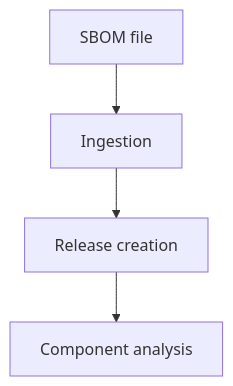
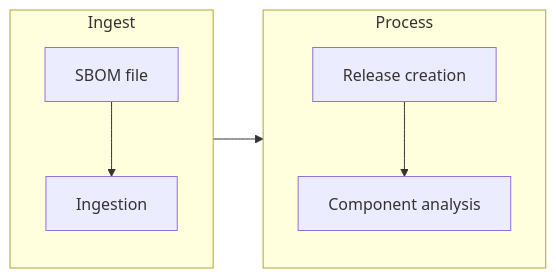
Before and after one commit to Linuscent/aura-help: the diagram in src/content/docs/integrations/sbom-ingestion.md, drawn with Mermaid. The commit also changed 11 other files, not shown here.

Commit message:
docs: improve Mermaid workflow diagrams

````diff
--- a/src/content/docs/integrations/sbom-ingestion.md
+++ b/src/content/docs/integrations/sbom-ingestion.md
@@ -20,6 +20,13 @@
 ```mermaid
-flowchart TD
-    A[SBOM file] --> B[Ingestion]
-    B --> C[Release creation]
-    C --> D[Component analysis]
+flowchart LR
+    subgraph ingest["Ingest"]
+        direction TB
+        A[SBOM file] --> B[Ingestion]
+    end
+    subgraph process["Process"]
+        direction TB
+        C[Release creation] --> D[Component analysis]
+    end
+
+    ingest --> process
 ```
````
